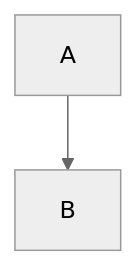
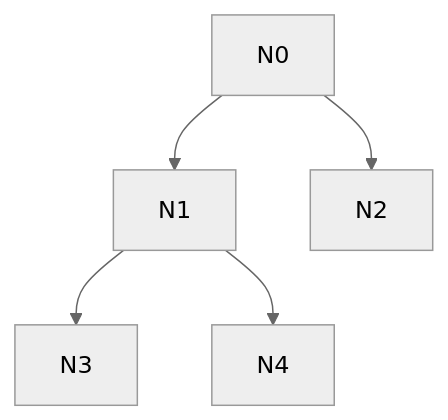
One commit to mtkimmins/LTSDM_hack changed the diagram in a1800_huffman.md. Above: the diagram before and after it, drawn with Mermaid (neutral theme).

````diff
--- a/a1800_huffman.md
+++ b/a1800_huffman.md
@@ -25,4 +25,7 @@
 ```mermaid
 graph TD;
-    A-->B;
+    N0-->N1
+    N0-->N2
+    N1-->N3
+    N1-->N4
 ```
````
